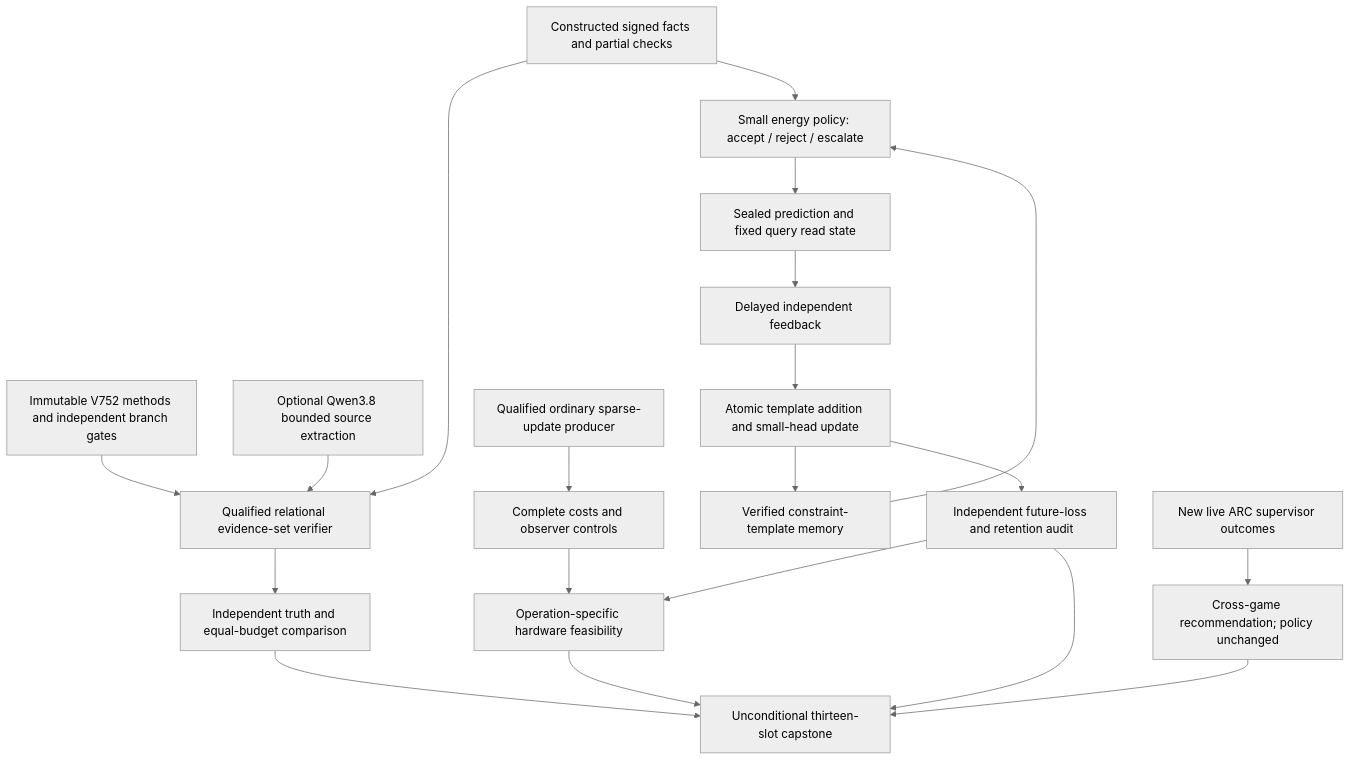
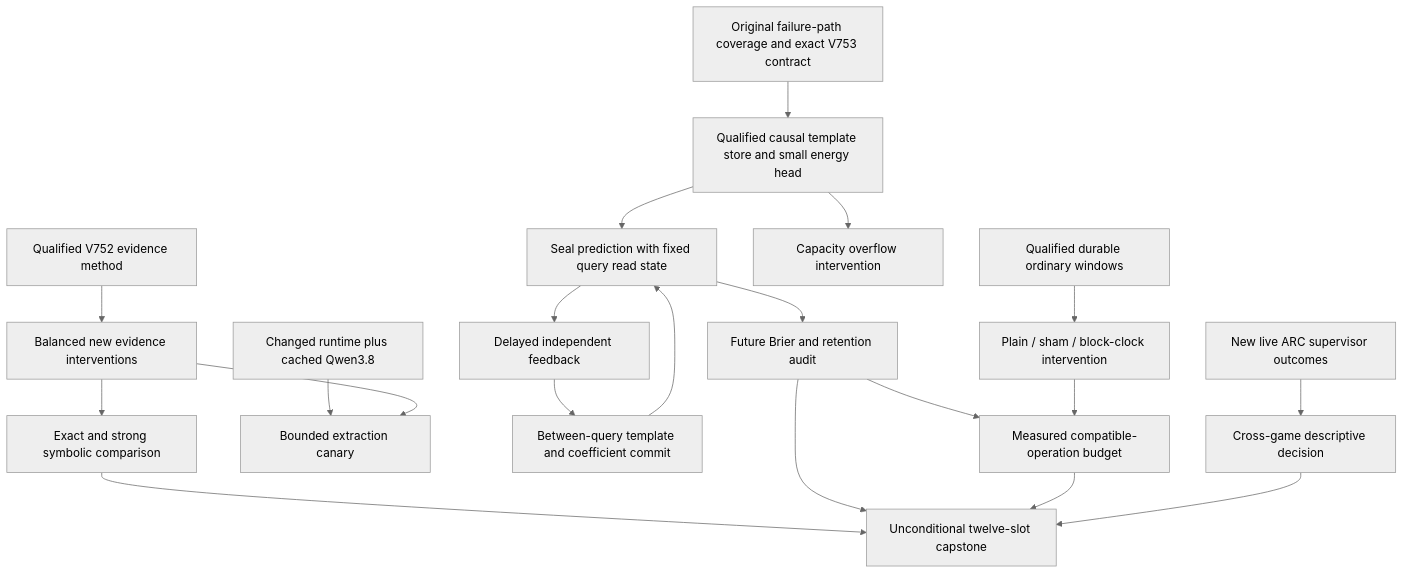
One commit to Carnot-EBM/carnot-ebm changed the diagram in openspec/change-proposals/research-roadmap-vNEXT.md. Above: the diagram before and after it, drawn with Mermaid (neutral theme). The commit also changed other lines of this file and 17 other files, not shown here.

````diff
--- a/openspec/change-proposals/research-roadmap-vNEXT.md
+++ b/openspec/change-proposals/research-roadmap-vNEXT.md
@@ -81,22 +83,22 @@
 ```mermaid
 flowchart TD
-  A[Immutable V752 methods and independent branch gates] --> V[Qualified relational evidence-set verifier]
-  S[Constructed signed facts and partial checks] --> V
-  Q[Optional Qwen3.8 bounded source extraction] --> V
-  V --> T[Independent truth and equal-budget comparison]
-  S --> P[Small energy policy: accept / reject / escalate]
-  M[Verified constraint-template memory] --> P
-  P --> R[Sealed prediction and fixed query read state]
-  R --> F[Delayed independent feedback]
-  F --> U[Atomic template addition and small-head update]
-  U --> M
-  U --> B[Independent future-loss and retention audit]
-  D[Qualified ordinary sparse-update producer] --> C[Complete costs and observer controls]
-  C --> H[Operation-specific hardware feasibility]
-  B --> H
-  L[New live ARC supervisor outcomes] --> X[Cross-game recommendation; policy unchanged]
-  T --> Z[Unconditional thirteen-slot capstone]
-  B --> Z
+  C[Original failure-path coverage and exact V753 contract] --> M[Qualified causal template store and small energy head]
+  O[Qualified V752 evidence method] --> I[Balanced new evidence interventions]
+  I --> V[Exact and strong symbolic comparison]
+  R[Changed runtime plus cached Qwen3.8] --> Q[Bounded extraction canary]
+  I --> Q
+  M --> P[Seal prediction with fixed query read state]
+  P --> D[Delayed independent feedback]
+  D --> U[Between-query template and coefficient commit]
+  U --> P
+  M --> F[Capacity overflow intervention]
+  P --> A[Future Brier and retention audit]
+  W[Qualified durable ordinary windows] --> T[Plain / sham / block-clock intervention]
+  A --> H[Measured compatible-operation budget]
+  T --> H
+  N[New live ARC supervisor outcomes] --> X[Cross-game descriptive decision]
+  V --> Z[Unconditional twelve-slot capstone]
+  A --> Z
   H --> Z
   X --> Z
 ```
````
